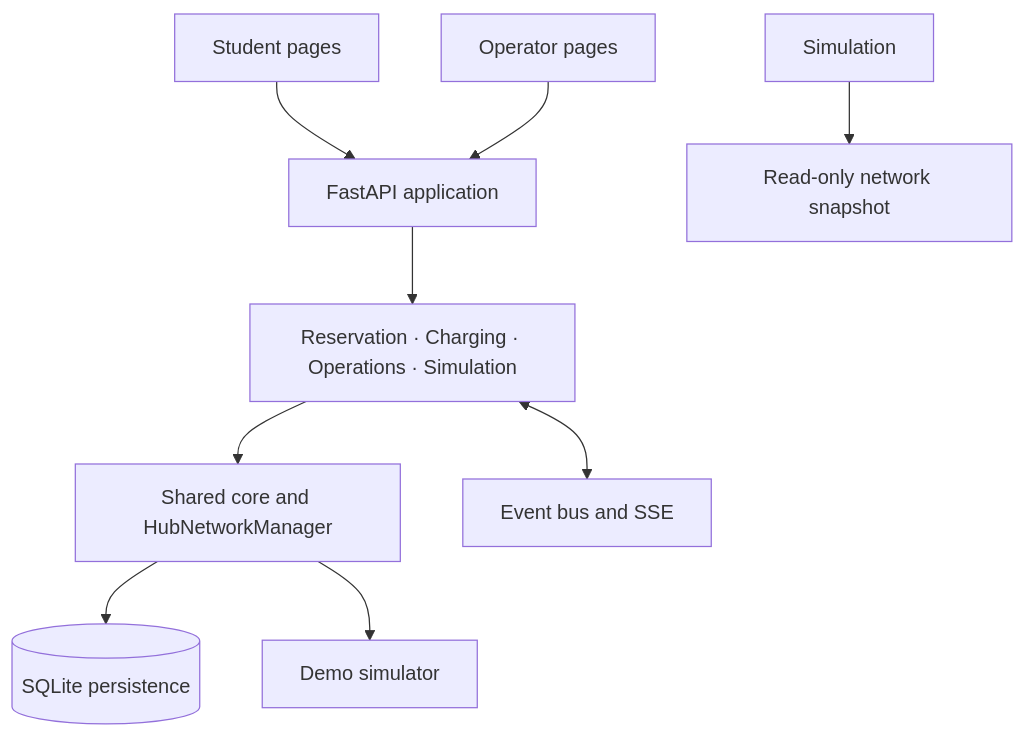
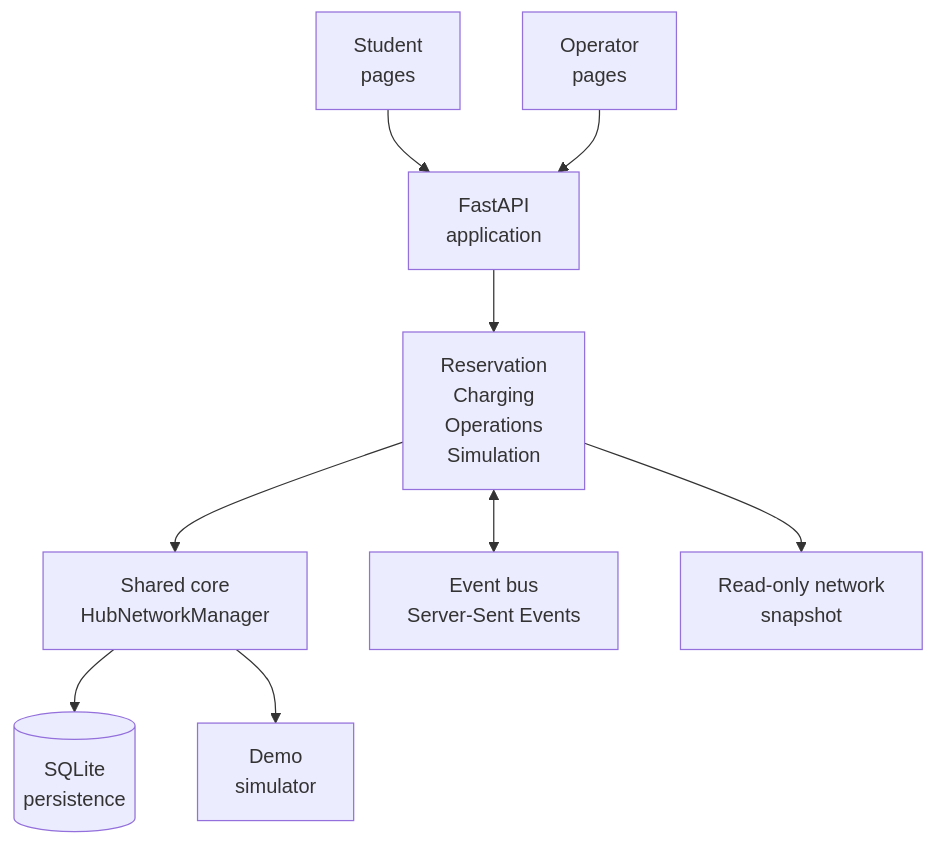
Before and after one commit to Tien30032006/smart-e-mobility-hub: the diagram in README.md, drawn with Mermaid.

Commit message:
docs: improve architecture diagram readability

````diff
--- a/README.md
+++ b/README.md
@@ -40,11 +40,11 @@
 ```mermaid
 flowchart TD
-  Student[Student pages] --> API[FastAPI application]
-  Operator[Operator pages] --> API
-  API --> Modules[Reservation · Charging · Operations · Simulation]
-  Modules --> Core[Shared core and HubNetworkManager]
-  Modules <--> Bus[Event bus and SSE]
-  Core --> SQLite[(SQLite persistence)]
-  Core --> Simulator[Demo simulator]
-  Simulation --> Snapshot[Read-only network snapshot]
+  Student[Student<br/>pages] --> API[FastAPI<br/>application]
+  Operator[Operator<br/>pages] --> API
+  API --> Modules[Reservation<br/>Charging<br/>Operations<br/>Simulation]
+  Modules --> Core[Shared core<br/>HubNetworkManager]
+  Modules <--> Bus[Event bus<br/>Server-Sent Events]
+  Core --> SQLite[(SQLite<br/>persistence)]
+  Core --> Simulator[Demo<br/>simulator]
+  Modules --> Snapshot[Read-only network<br/>snapshot]
 ```
````
